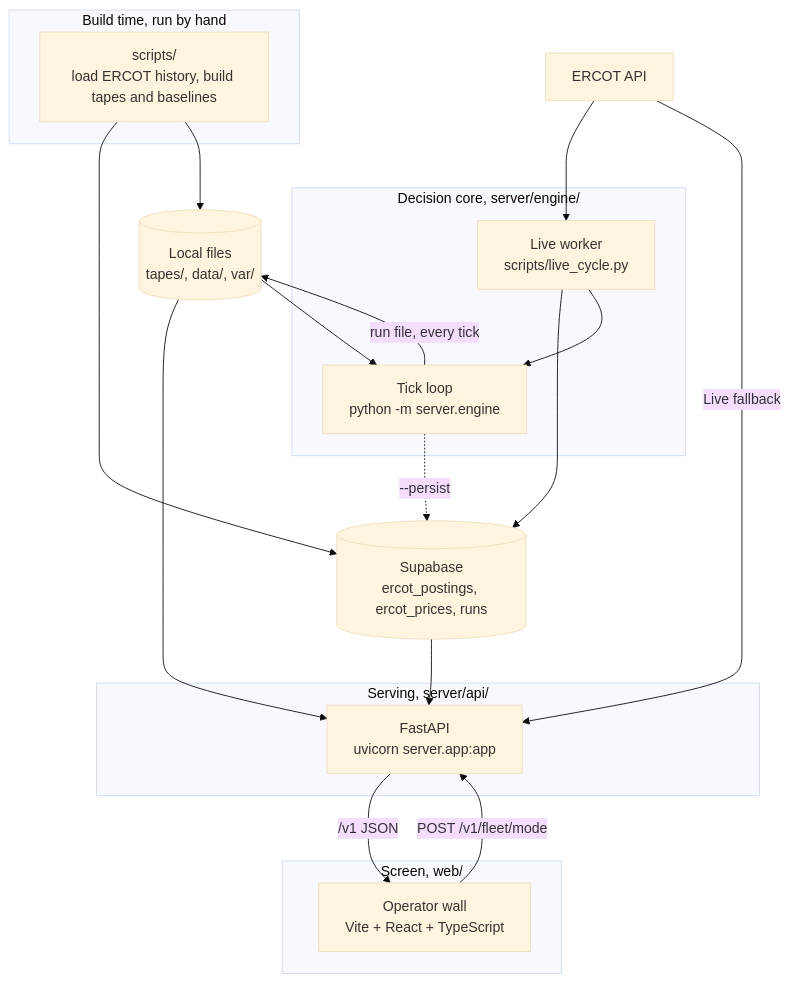
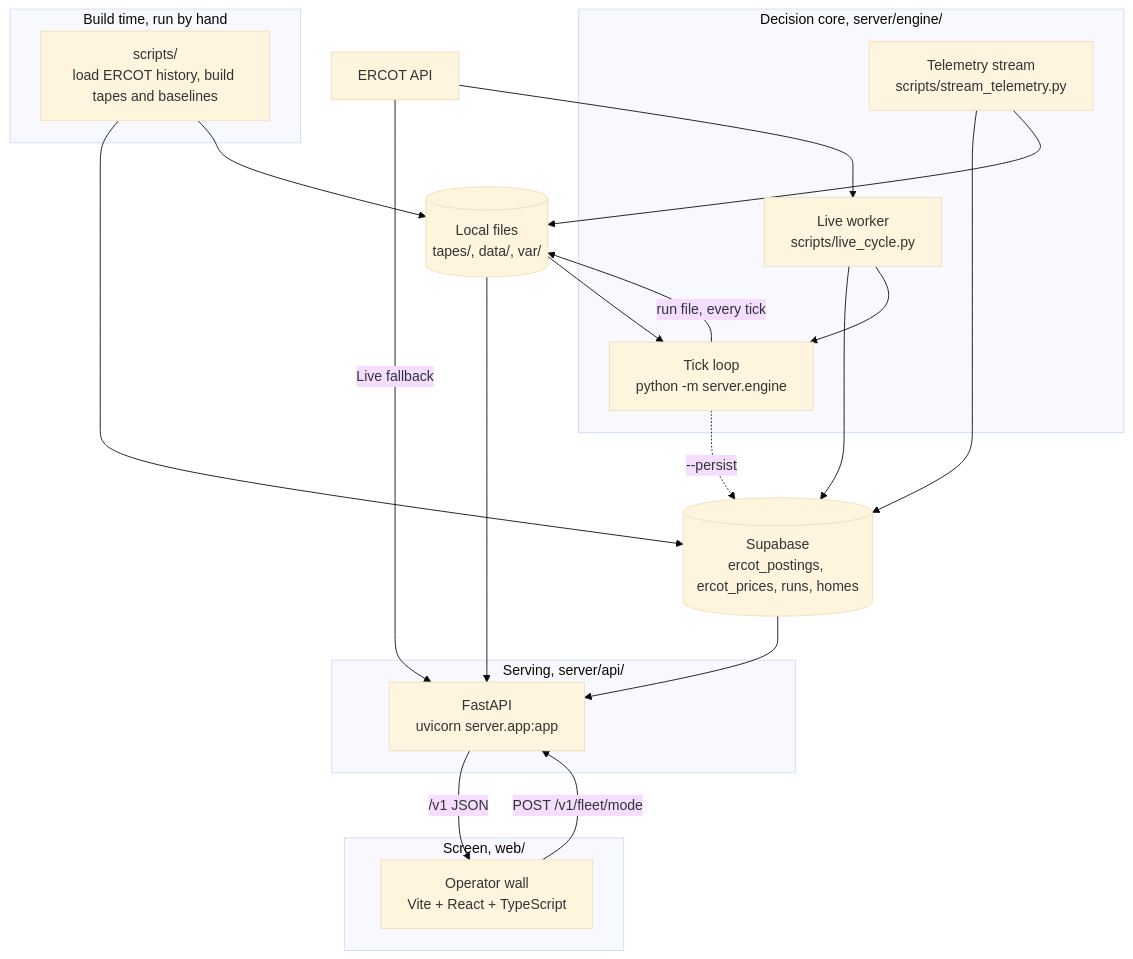
One commit to yeruvamaheswar/storm-prep-signal changed the second of 3 diagrams in docs/agents/system-design.md. Above: the diagram before and after it, drawn with Mermaid (base theme). The commit also changed other lines of this file and 6 other files, not shown here.

First line of the commit message:
Add a laptop telemetry stream so /fleet last-reading columns are not empty.

````diff
--- a/docs/agents/system-design.md
+++ b/docs/agents/system-design.md
@@ -71,37 +71,40 @@
 ```mermaid
 flowchart TB
   subgraph offline["Build time, run by hand"]
     SCRIPTS["scripts/<br/>load ERCOT history, build tapes and baselines"]
   end
 
   subgraph core["Decision core, server/engine/"]
     ENGINE["Tick loop<br/>python -m server.engine"]
     WORKER["Live worker<br/>scripts/live_cycle.py"]
+    STREAM["Telemetry stream<br/>scripts/stream_telemetry.py"]
   end
 
   subgraph serve["Serving, server/api/"]
     API["FastAPI<br/>uvicorn server.app:app"]
   end
 
   subgraph ui["Screen, web/"]
     WALL["Operator wall<br/>Vite + React + TypeScript"]
   end
 
   FILES[("Local files<br/>tapes/, data/, var/")]
-  SB[("Supabase<br/>ercot_postings, ercot_prices, runs")]
+  SB[("Supabase<br/>ercot_postings, ercot_prices, runs, homes")]
   ERCOT["ERCOT API"]
 
   SCRIPTS --> SB
   SCRIPTS --> FILES
   FILES --> ENGINE
   ERCOT --> WORKER
   WORKER --> SB
   WORKER --> ENGINE
+  STREAM --> SB
+  STREAM --> FILES
   ENGINE -->|"run file, every tick"| FILES
   ENGINE -.->|"--persist"| SB
   FILES --> API
   SB --> API
   ERCOT -->|"Live fallback"| API
   API -->|"/v1 JSON"| WALL
   WALL -->|"POST /v1/fleet/mode"| API
 ```
````
